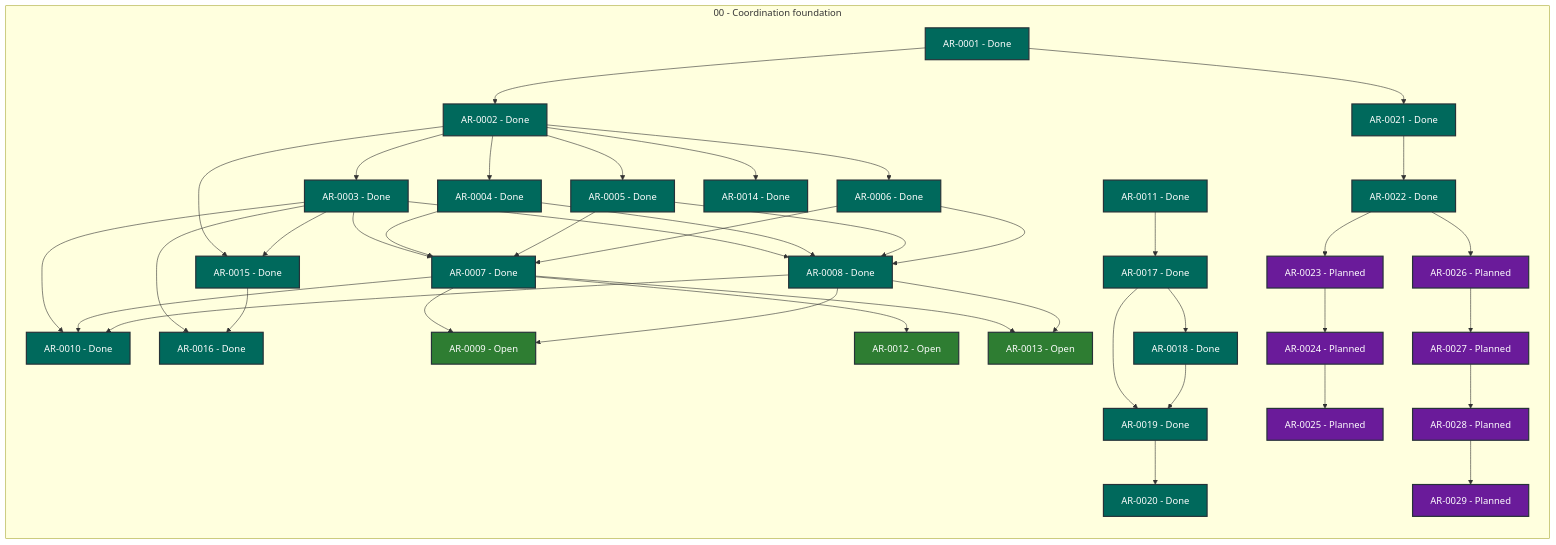
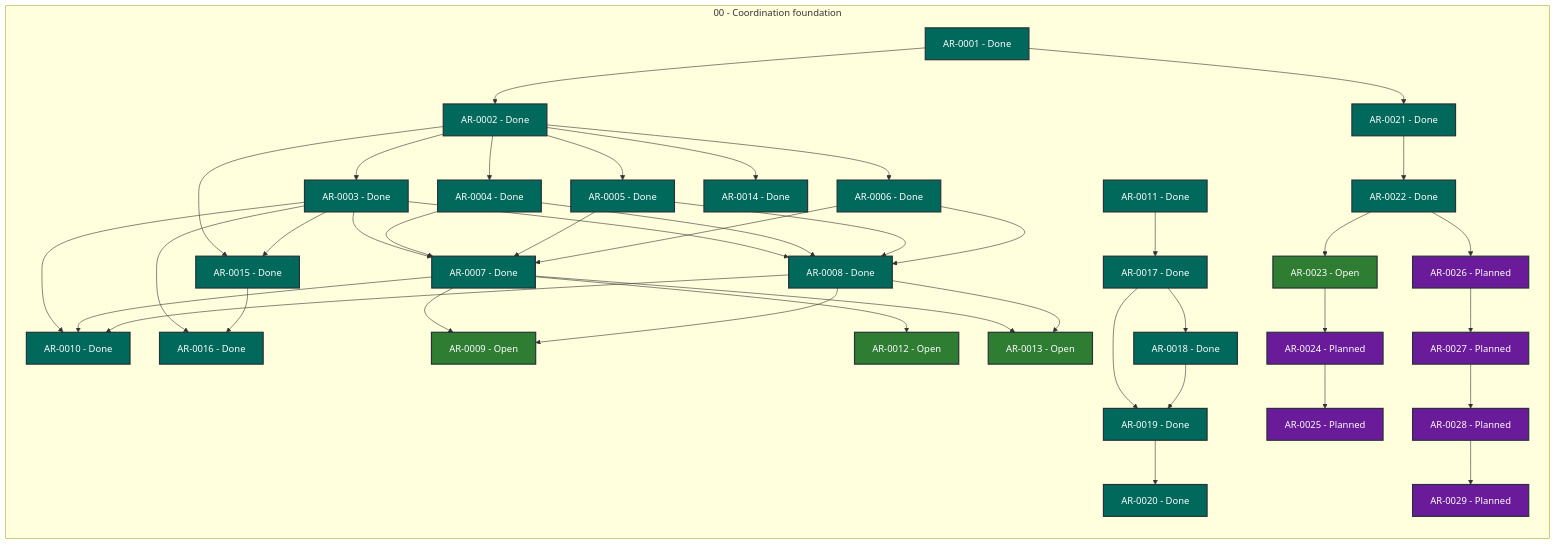
One commit to martin-beck/agent-workflow-coordinator-state changed the diagram in STATUS.md. Above: the diagram before and after it, drawn with Mermaid. The commit also changed other lines of this file and 2 other files, not shown here.

```diff
--- a/STATUS.md
+++ b/STATUS.md
@@ -50,7 +50,7 @@
         AR_0020["AR-0020 - Done"]:::status_done
         AR_0021["AR-0021 - Done"]:::status_done
         AR_0022["AR-0022 - Done"]:::status_done
-        AR_0023["AR-0023 - Planned"]:::status_planned
+        AR_0023["AR-0023 - Open"]:::status_open
         AR_0024["AR-0024 - Planned"]:::status_planned
         AR_0025["AR-0025 - Planned"]:::status_planned
         AR_0026["AR-0026 - Planned"]:::status_planned
```
